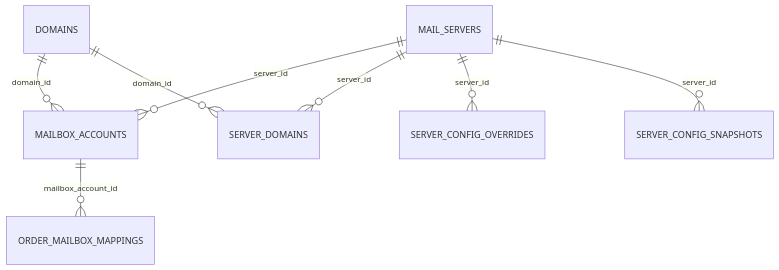
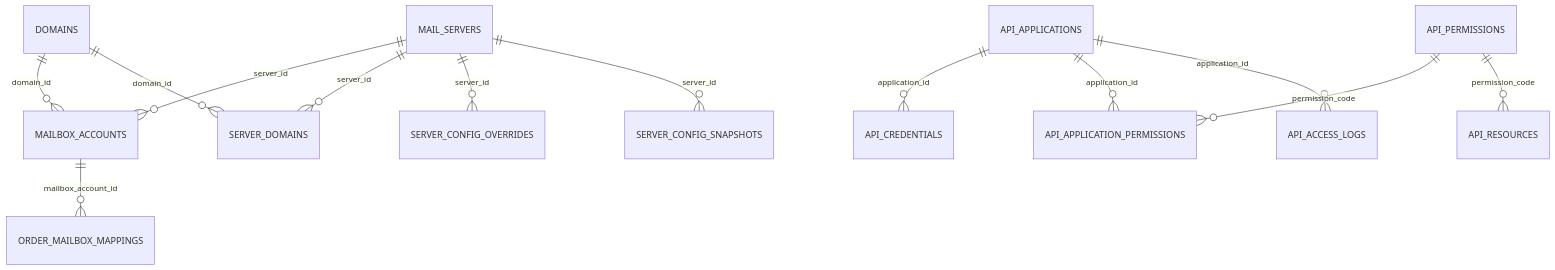
The diagram in docs/database-schema.md (snowflake-yezi/MailHub), drawn with Mermaid before and after one commit. The commit also changed other lines of this file and 30 other files, not shown here.

````diff
--- a/docs/database-schema.md
+++ b/docs/database-schema.md
@@ -34,10 +41,15 @@
 ```mermaid
 erDiagram
     DOMAINS ||--o{ MAILBOX_ACCOUNTS : domain_id
     MAIL_SERVERS ||--o{ MAILBOX_ACCOUNTS : server_id
     MAILBOX_ACCOUNTS ||--o{ ORDER_MAILBOX_MAPPINGS : mailbox_account_id
     MAIL_SERVERS ||--o{ SERVER_DOMAINS : server_id
     DOMAINS ||--o{ SERVER_DOMAINS : domain_id
     MAIL_SERVERS ||--o{ SERVER_CONFIG_OVERRIDES : server_id
     MAIL_SERVERS ||--o{ SERVER_CONFIG_SNAPSHOTS : server_id
+    API_APPLICATIONS ||--o{ API_CREDENTIALS : application_id
+    API_APPLICATIONS ||--o{ API_APPLICATION_PERMISSIONS : application_id
+    API_PERMISSIONS ||--o{ API_APPLICATION_PERMISSIONS : permission_code
+    API_PERMISSIONS ||--o{ API_RESOURCES : permission_code
+    API_APPLICATIONS ||--o{ API_ACCESS_LOGS : application_id
 ```
````
